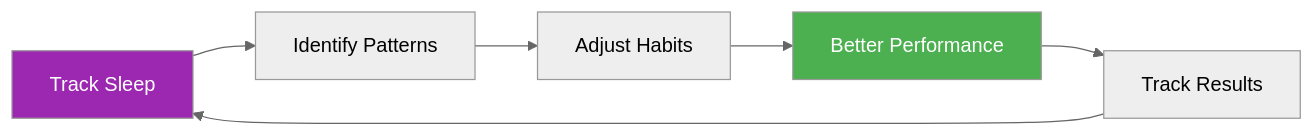
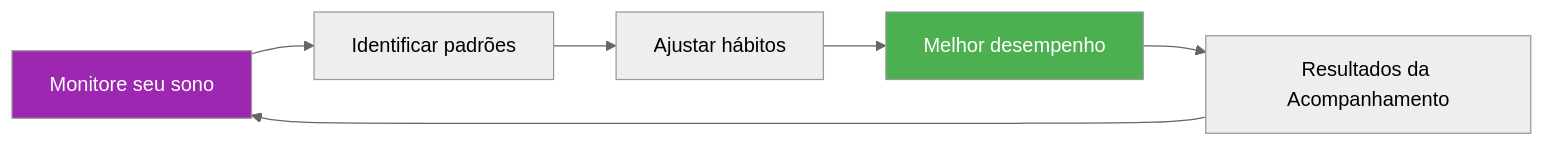
The diagram in docs/pt/guides/templates/sleep-tracker.md (patwii/petanque-academy), drawn with Mermaid (neutral theme) before and after one commit. The commit also changed other lines of this file and 550 other files, not shown here.

````diff
--- a/docs/pt/guides/templates/sleep-tracker.md
+++ b/docs/pt/guides/templates/sleep-tracker.md
@@ -16,11 +16,11 @@
 ```mermaid
 flowchart LR
-    A[Track Sleep] --> B[Identify Patterns]
-    B --> C[Adjust Habits]
-    C --> D[Better Performance]
-    D --> E[Track Results]
+    A[Monitore seu sono] --> B[Identificar padrões]
+    B --> C[Ajustar hábitos]
+    C --> D[Melhor desempenho]
+    D --> E[Resultados da Acompanhamento]
     E --> A
 
     style A fill:#9C27B0,color:#fff
     style D fill:#4CAF50,color:#fff
 ```
````
